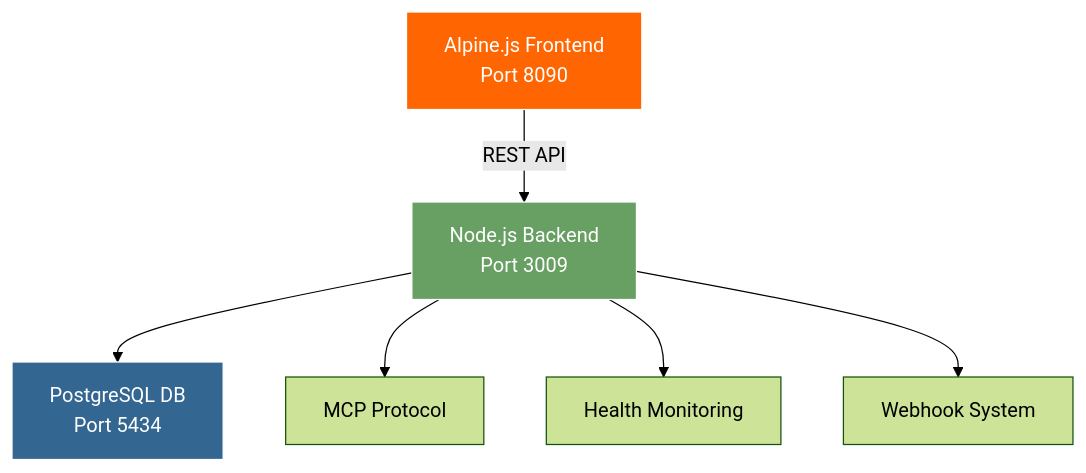
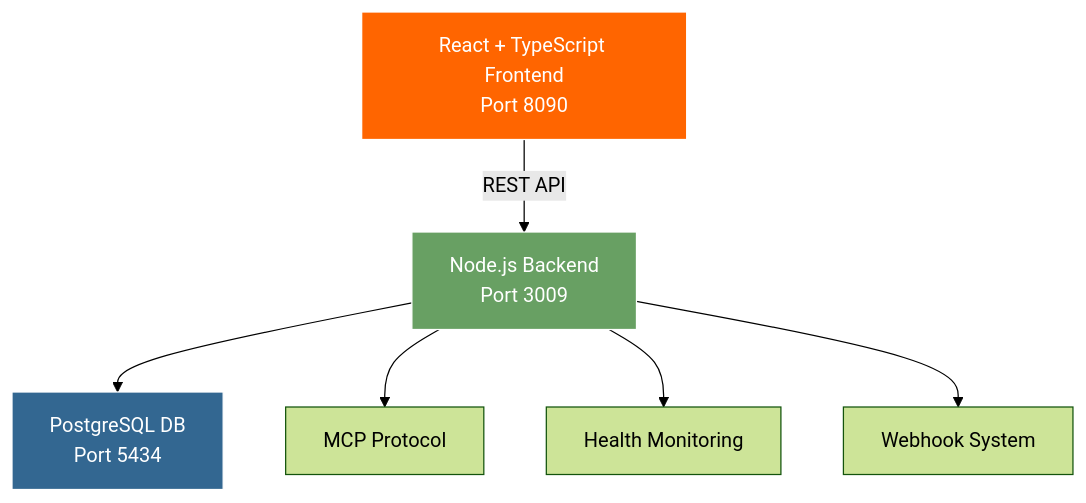
Before and after one commit to anubissbe/task-management-webui: the diagram in README.md, drawn with Mermaid (forest theme). The commit also changed other lines of this file and 1 other file, not shown here.

First line of the commit message:
Fix frontend technology documentation

````diff
--- a/README.md
+++ b/README.md
@@ -110,12 +110,12 @@
 ```mermaid
 graph TD
-    A[Alpine.js Frontend<br/>Port 8090] -->|REST API| B[Node.js Backend<br/>Port 3009]
+    A[React + TypeScript Frontend<br/>Port 8090] -->|REST API| B[Node.js Backend<br/>Port 3009]
     B --> C[PostgreSQL DB<br/>Port 5434]
     B --> D[MCP Protocol]
     B --> E[Health Monitoring]
     B --> F[Webhook System]
     
     style A fill:#ff6500,stroke:#fff,color:#fff
     style B fill:#68a063,stroke:#fff,color:#fff
     style C fill:#336791,stroke:#fff,color:#fff
 ```
````
